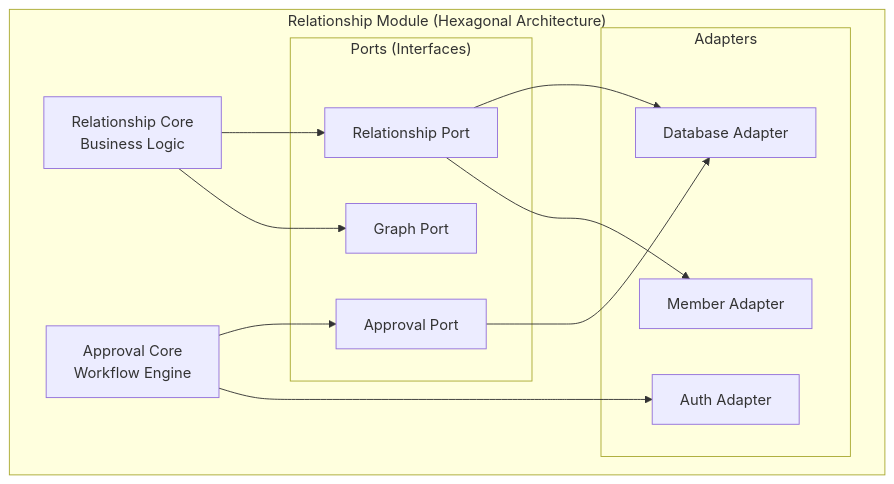
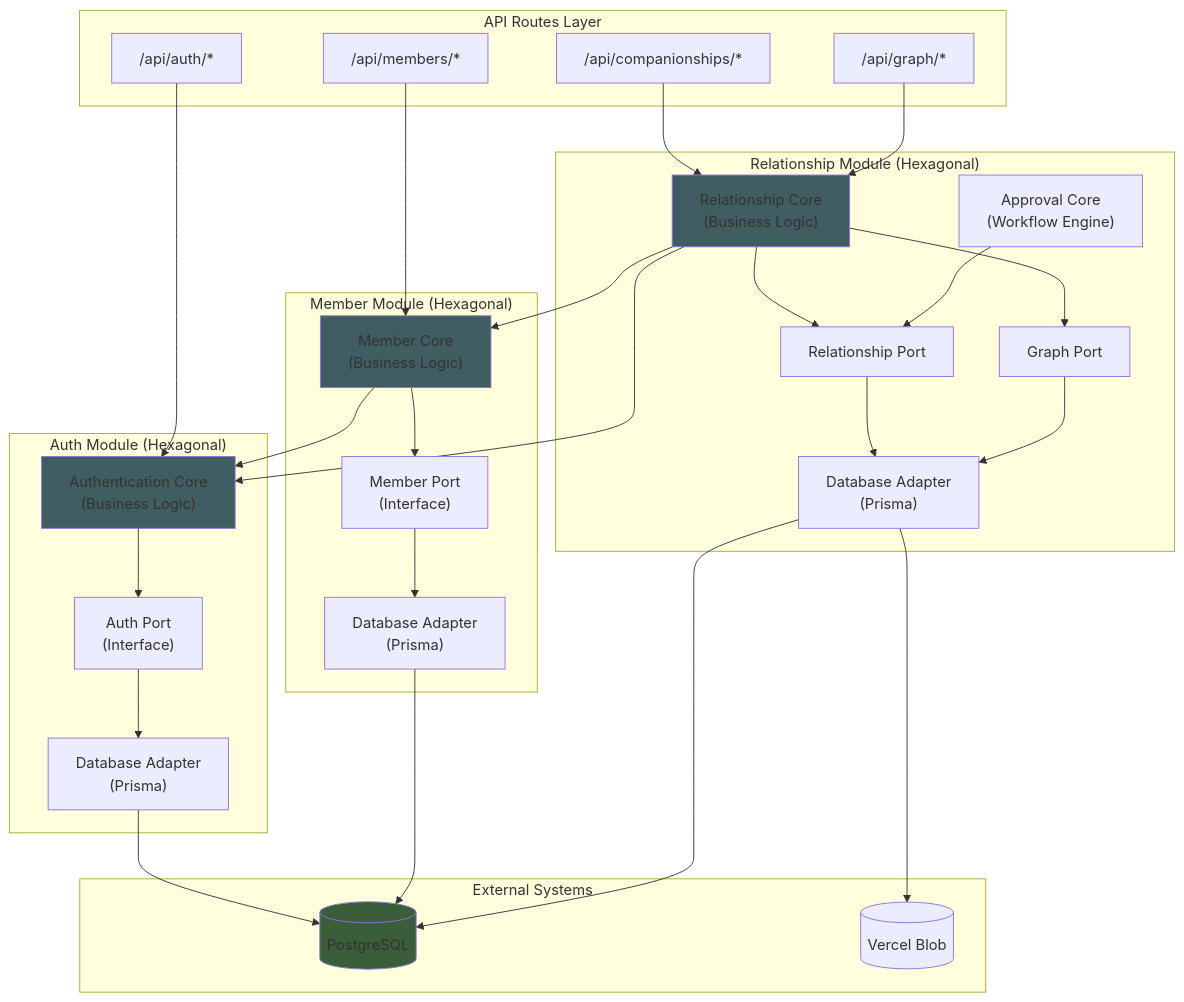
Before and after one commit to greg-latuszek/emma-companionship: the fourth of 15 diagrams in docs/architecture.md, drawn with Mermaid. The commit also changed other lines of this file, not shown here.

````diff
--- a/docs/architecture.md
+++ b/docs/architecture.md
@@ -1475,28 +1745,65 @@
 ```mermaid
 graph TD
-    subgraph "Relationship Module (Hexagonal Architecture)"
-        RC["Relationship Core<br/>Business Logic"]
-        AC["Approval Core<br/>Workflow Engine"]
+    subgraph "API Routes Layer"
+        API1["/api/auth/*"]
+        API2["/api/members/*"]
+        API3["/api/companionships/*"]
+        API4["/api/graph/*"]
+    end
+    
+    subgraph "Auth Module (Hexagonal)"
+        AUTH_CORE["Authentication Core<br/>(Business Logic)"]
+        AUTH_PORT["Auth Port<br/>(Interface)"]
+        AUTH_ADAPTER["Database Adapter<br/>(Prisma)"]
         
-        subgraph "Ports (Interfaces)"
-            RP["Relationship Port"]
-            AP["Approval Port"]
-            GP["Graph Port"]
-        end
+        AUTH_CORE --> AUTH_PORT
+        AUTH_PORT --> AUTH_ADAPTER
+    end
+    
+    subgraph "Member Module (Hexagonal)"
+        MEMBER_CORE["Member Core<br/>(Business Logic)"]
+        MEMBER_PORT["Member Port<br/>(Interface)"]
+        MEMBER_ADAPTER["Database Adapter<br/>(Prisma)"]
         
-        subgraph "Adapters"
-            DA["Database Adapter"]
-            AA["Auth Adapter"]
-            MA["Member Adapter"]
-        end
+        MEMBER_CORE --> MEMBER_PORT
+        MEMBER_PORT --> MEMBER_ADAPTER
+    end
+    
+    subgraph "Relationship Module (Hexagonal)"
+        REL_CORE["Relationship Core<br/>(Business Logic)"]
+        APPROVAL_CORE["Approval Core<br/>(Workflow Engine)"]
+        REL_PORT["Relationship Port"]
+        GRAPH_PORT["Graph Port"]
+        REL_ADAPTER["Database Adapter<br/>(Prisma)"]
         
-        RC --> RP
-        AC --> AP
-        RC --> GP
-        
-        RP --> DA
-        AP --> DA
-        RP --> MA
-        AC --> AA
+        REL_CORE --> REL_PORT
+        APPROVAL_CORE --> REL_PORT
+        REL_CORE --> GRAPH_PORT
+        REL_PORT --> REL_ADAPTER
+        GRAPH_PORT --> REL_ADAPTER
     end
+    
+    subgraph "External Systems"
+        DB[(PostgreSQL)]
+        STORAGE[(Vercel Blob)]
+    end
+    
+    API1 --> AUTH_CORE
+    API2 --> MEMBER_CORE
+    API3 --> REL_CORE
+    API4 --> REL_CORE
+    
+    MEMBER_CORE --> AUTH_CORE
+    REL_CORE --> MEMBER_CORE
+    REL_CORE --> AUTH_CORE
+    
+    AUTH_ADAPTER --> DB
+    MEMBER_ADAPTER --> DB
+    REL_ADAPTER --> DB
+    REL_ADAPTER --> STORAGE
+    
+    style AUTH_CORE fill:#405E61
+    style MEMBER_CORE fill:#405E61
+    style REL_CORE fill:#405E61
+    style DB fill:#395E39
 ```
````
